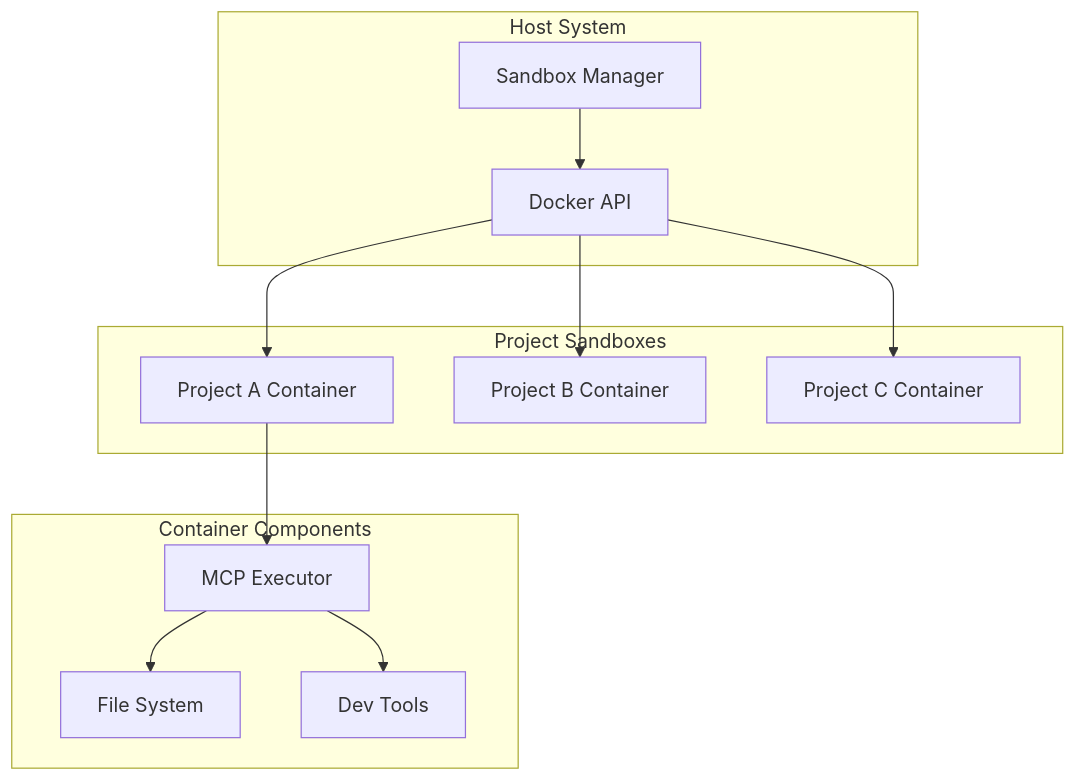
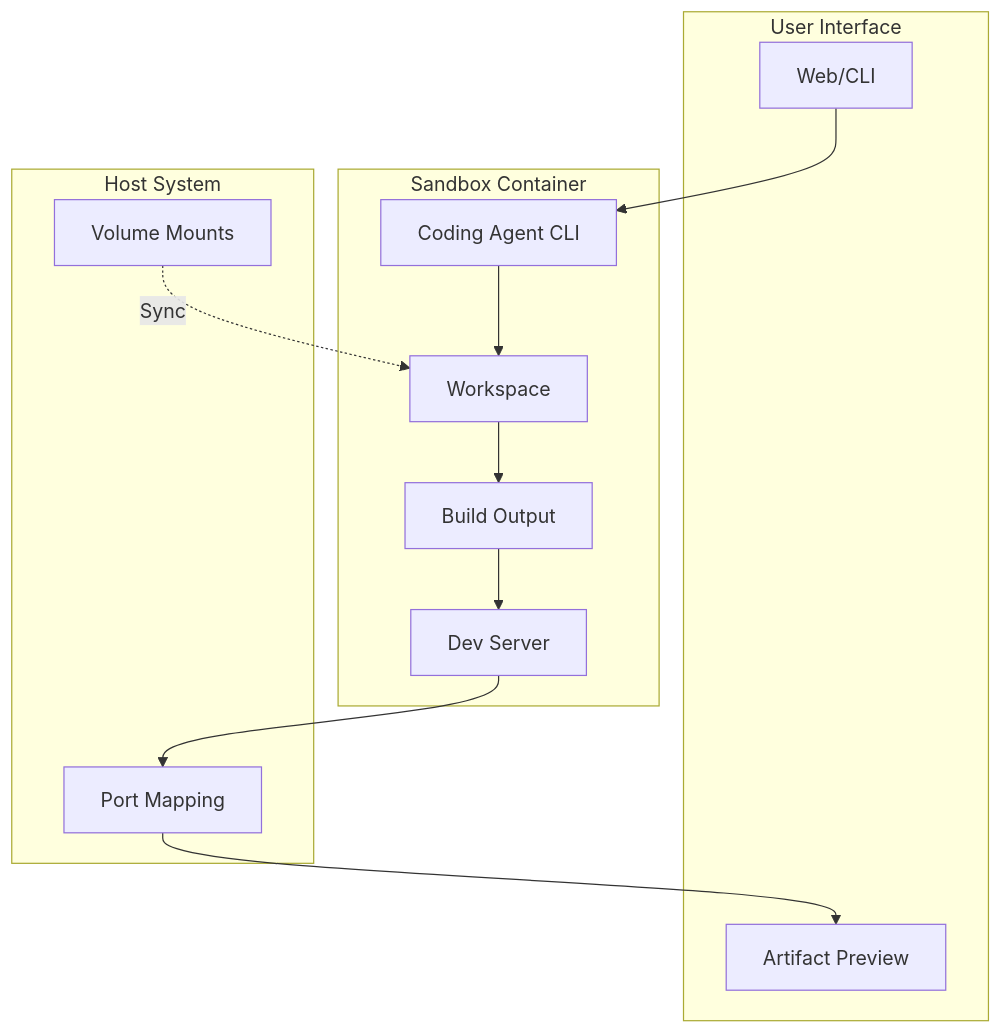
The diagram in docs/04-docker-sandbox.md (cykonova/CodeAgent), drawn with Mermaid before and after one commit. The commit also changed other lines of this file and 1 other file, not shown here.

First line of the commit message:
feat: Clarify Docker sandbox as coding agent execution environment

````diff
--- a/docs/04-docker-sandbox.md
+++ b/docs/04-docker-sandbox.md
@@ -7,28 +7,27 @@
 ```mermaid
 graph TB
-    subgraph "Host System"
-        SM[Sandbox Manager]
-        DOCKER[Docker API]
+    subgraph "User Interface"
+        UI[Web/CLI]
+        PREVIEW[Artifact Preview]
     end
     
-    subgraph "Project Sandboxes"
-        S1[Project A Container]
-        S2[Project B Container]
-        S3[Project C Container]
+    subgraph "Sandbox Container"
+        AGENT[Coding Agent CLI]
+        WORKSPACE[Workspace]
+        SERVER[Dev Server]
+        BUILD[Build Output]
     end
     
-    subgraph "Container Components"
-        EXEC[MCP Executor]
-        FS[File System]
-        TOOLS[Dev Tools]
+    subgraph "Host System"
+        VOLUMES[Volume Mounts]
+        PORTS[Port Mapping]
     end
     
-    SM --> DOCKER
-    DOCKER --> S1
-    DOCKER --> S2
-    DOCKER --> S3
-    
-    S1 --> EXEC
-    EXEC --> FS
-    EXEC --> TOOLS
+    UI --> AGENT
+    AGENT --> WORKSPACE
+    WORKSPACE --> BUILD
+    BUILD --> SERVER
+    SERVER --> PORTS
+    PORTS --> PREVIEW
+    VOLUMES -.->|Sync| WORKSPACE
 ```
````
